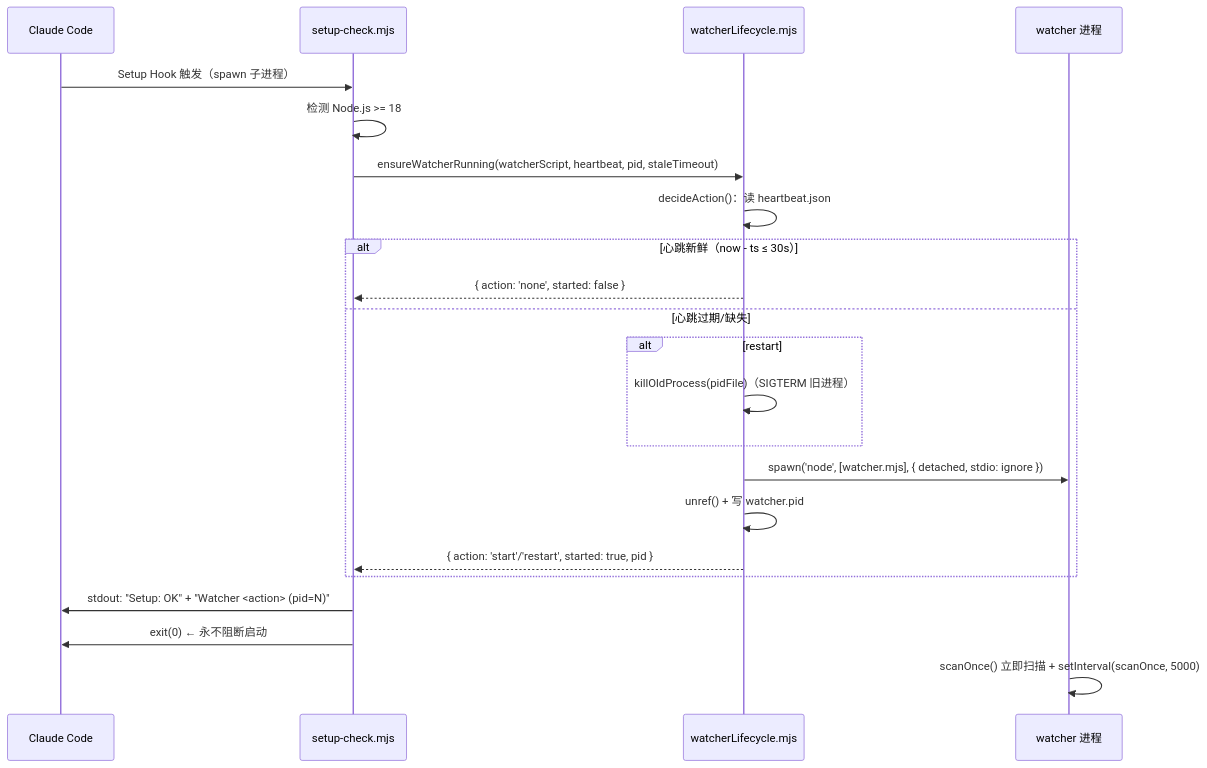
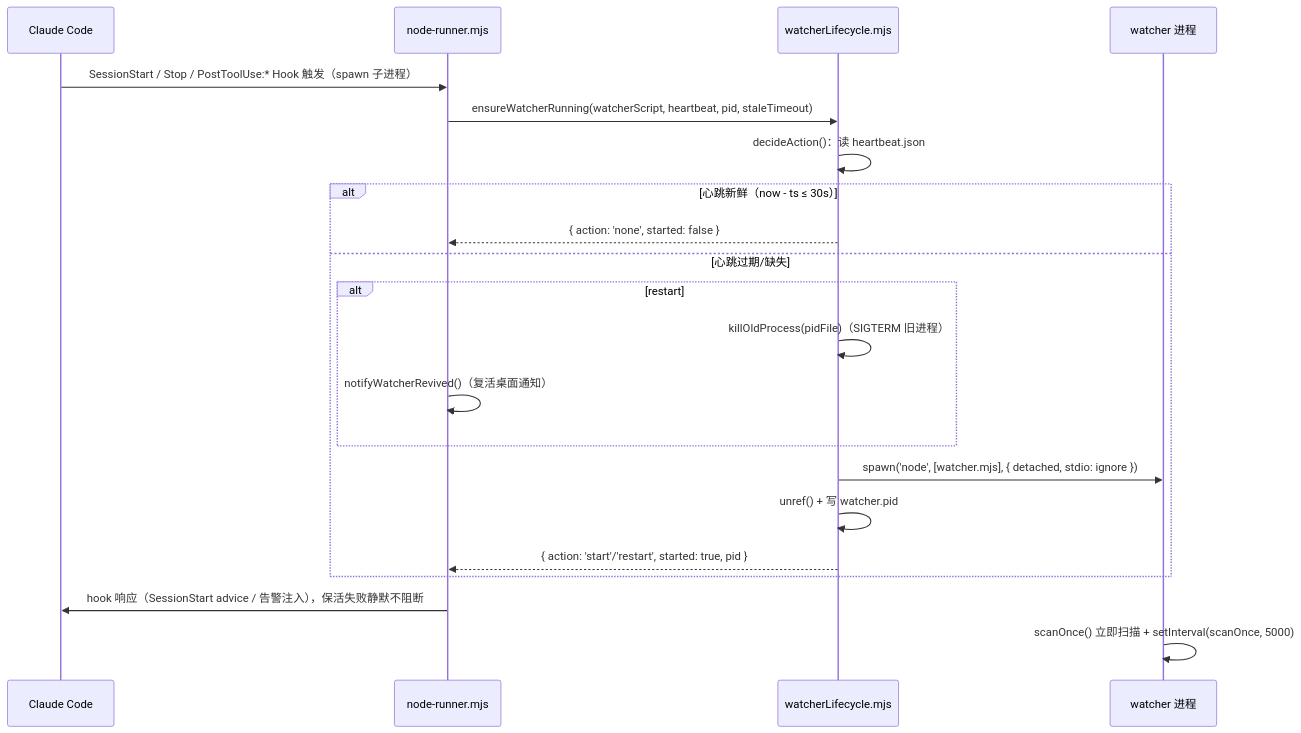
One commit to Lionad-Morotar/cc-break-dead-loop changed the first of 9 diagrams in docs/3. Workflow Overview.md. Above: the diagram before and after it, drawn with Mermaid. The commit also changed other lines of this file and 24 other files, not shown here.

````diff
--- a/docs/3. Workflow Overview.md
+++ b/docs/3. Workflow Overview.md
@@ -9,25 +9,24 @@
 ```mermaid
 sequenceDiagram
   participant CC as Claude Code
-  participant SC as setup-check.mjs
+  participant NR as node-runner.mjs
   participant WL as watcherLifecycle.mjs
   participant W as watcher 进程
 
-  CC->>SC: Setup Hook 触发（spawn 子进程）
-  SC->>SC: 检测 Node.js >= 18
-  SC->>WL: ensureWatcherRunning(watcherScript, heartbeat, pid, staleTimeout)
+  CC->>NR: SessionStart / Stop / PostToolUse:* Hook 触发（spawn 子进程）
+  NR->>WL: ensureWatcherRunning(watcherScript, heartbeat, pid, staleTimeout)
   WL->>WL: decideAction()：读 heartbeat.json
   alt 心跳新鲜（now - ts ≤ 30s）
-    WL-->>SC: { action: 'none', started: false }
+    WL-->>NR: { action: 'none', started: false }
   else 心跳过期/缺失
     alt restart
       WL->>WL: killOldProcess(pidFile)（SIGTERM 旧进程）
+      NR->>NR: notifyWatcherRevived()（复活桌面通知）
     end
     WL->>W: spawn('node', [watcher.mjs], { detached, stdio: ignore })
     WL->>WL: unref() + 写 watcher.pid
-    WL-->>SC: { action: 'start'/'restart', started: true, pid }
+    WL-->>NR: { action: 'start'/'restart', started: true, pid }
   end
-  SC->>CC: stdout: "Setup: OK" + "Watcher <action> (pid=N)"
-  SC->>CC: exit(0) ← 永不阻断启动
+  NR->>CC: hook 响应（SessionStart advice / 告警注入），保活失败静默不阻断
   W->>W: scanOnce() 立即扫描 + setInterval(scanOnce, 5000)
 ```
````
